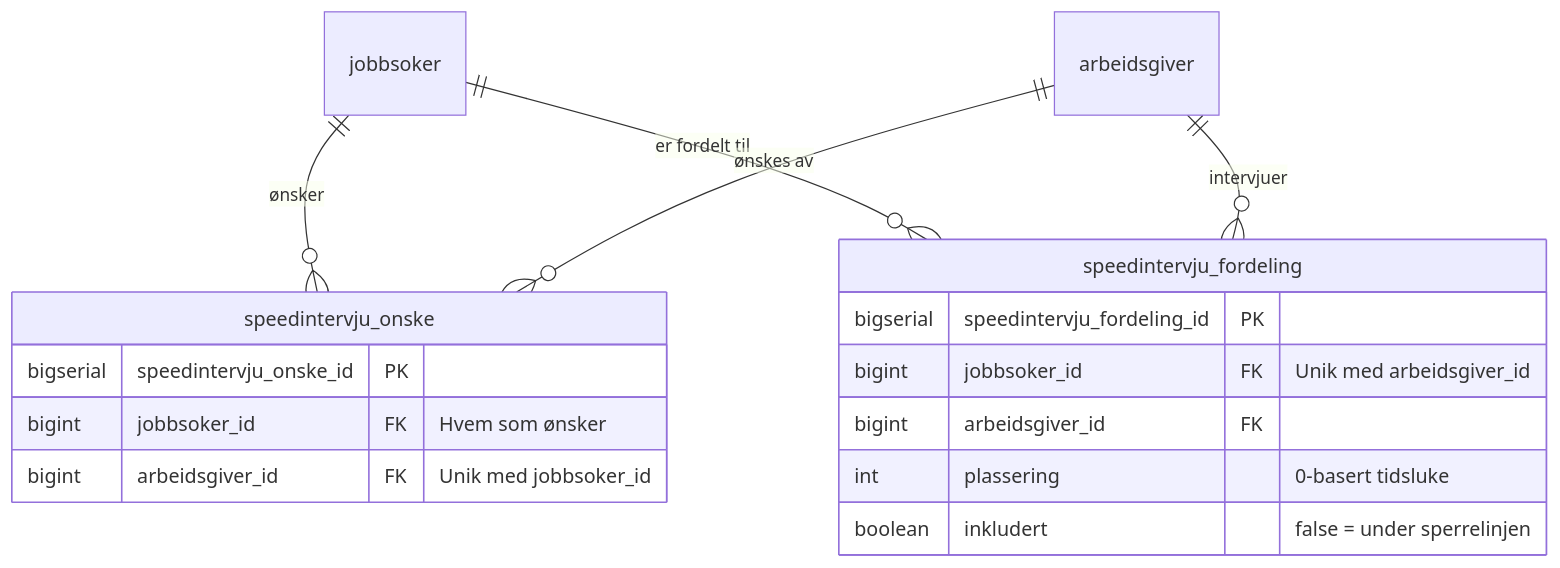
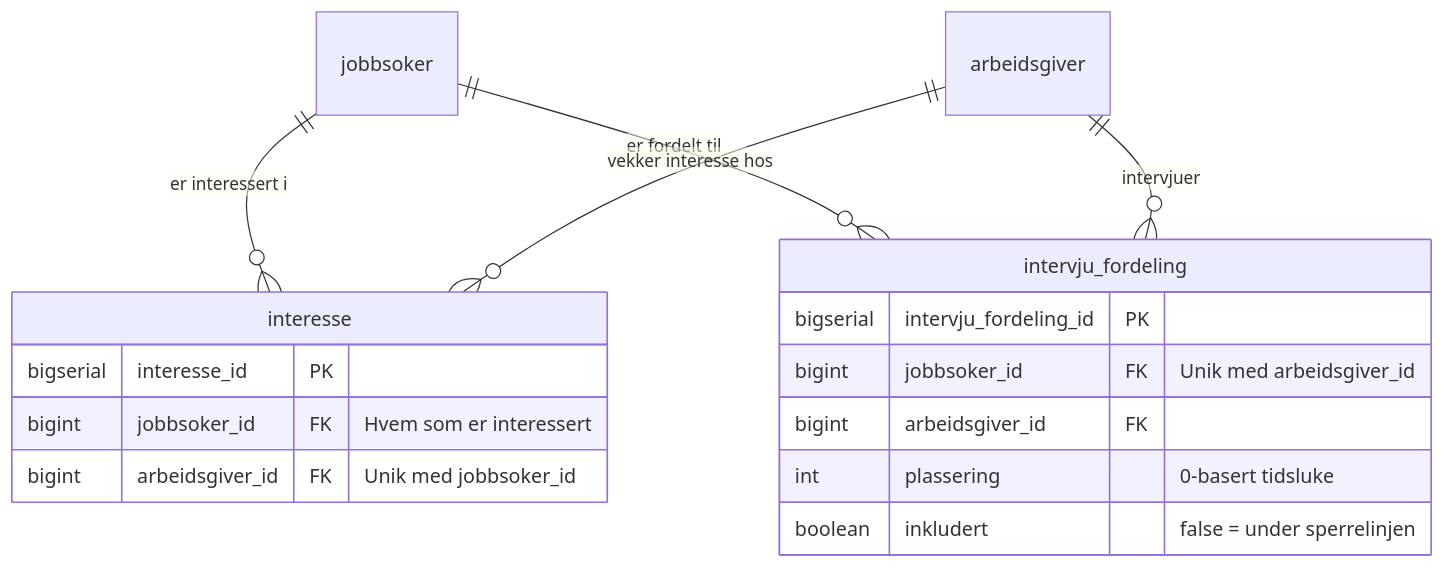
One commit to navikt/rekrutteringstreff-backend changed the third of 4 diagrams in docs/9-planer/workop/motedag-oppmote-rom-og-fordeling.md. Above: the diagram before and after it, drawn with Mermaid. The commit also changed other lines of this file, not shown here.

````diff
--- a/docs/9-planer/workop/motedag-oppmote-rom-og-fordeling.md
+++ b/docs/9-planer/workop/motedag-oppmote-rom-og-fordeling.md
@@ -970,19 +1131,19 @@
 ```mermaid
 erDiagram
-    jobbsoker ||--o{ speedintervju_onske : "ønsker"
-    jobbsoker ||--o{ speedintervju_fordeling : "er fordelt til"
-    arbeidsgiver ||--o{ speedintervju_onske : "ønskes av"
-    arbeidsgiver ||--o{ speedintervju_fordeling : "intervjuer"
-    speedintervju_onske {
-        bigserial speedintervju_onske_id PK
-        bigint jobbsoker_id FK "Hvem som ønsker"
+    jobbsoker ||--o{ interesse : "er interessert i"
+    jobbsoker ||--o{ intervju_fordeling : "er fordelt til"
+    arbeidsgiver ||--o{ interesse : "vekker interesse hos"
+    arbeidsgiver ||--o{ intervju_fordeling : "intervjuer"
+    interesse {
+        bigserial interesse_id PK
+        bigint jobbsoker_id FK "Hvem som er interessert"
         bigint arbeidsgiver_id FK "Unik med jobbsoker_id"
     }
-    speedintervju_fordeling {
-        bigserial speedintervju_fordeling_id PK
+    intervju_fordeling {
+        bigserial intervju_fordeling_id PK
         bigint jobbsoker_id FK "Unik med arbeidsgiver_id"
         bigint arbeidsgiver_id FK
         int plassering "0-basert tidsluke"
         boolean inkludert "false = under sperrelinjen"
     }
 ```
````
